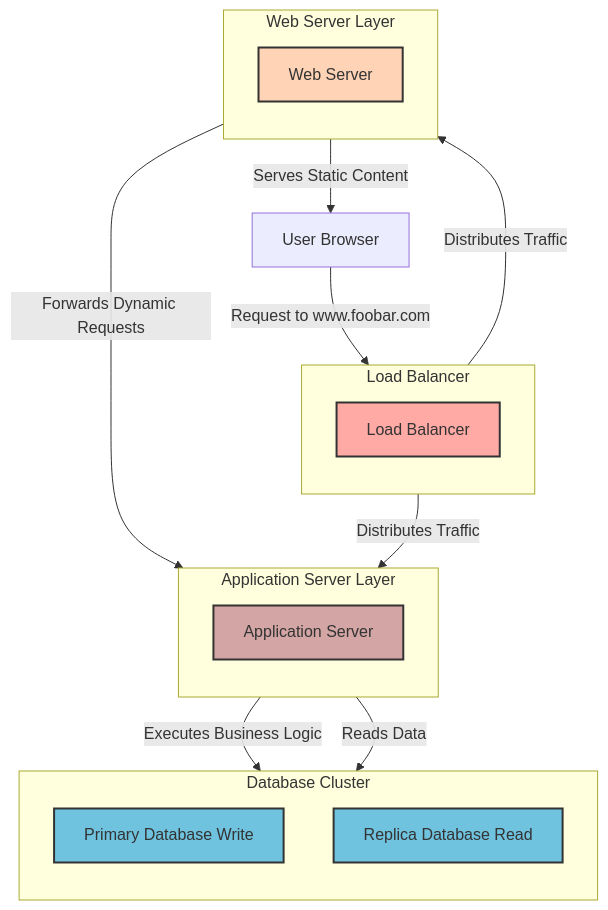
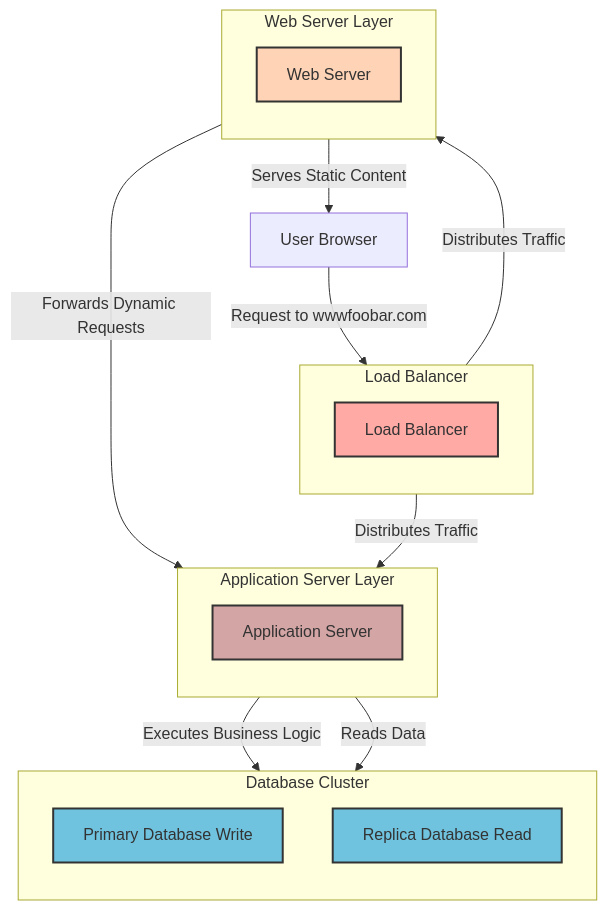
The diagram in web_infrastructure_design/task1.mmd (SDINAHET/web_infrastructure_design), drawn with Mermaid before and after one commit. The commit also changed 19 other files, not shown here.

Commit message:
Add sequence diagrams and improve existing diagrams in web infrastructure documentation

```diff
--- a/web_infrastructure_design/task1.mmd
+++ b/web_infrastructure_design/task1.mmd
@@ -1,48 +1,48 @@
 graph TD
-    A[User Browser] -->|Request to www.foobar.com| B[Load Balancer]
+    A[User Browser] -->|Request to wwwfoobar.com| B[Load Balancer]
     B -->|Distributes Traffic| C[Web Server]
     B -->|Distributes Traffic| D[Application Server]
 
     C -->|Serves Static Content| A
     C -->|Forwards Dynamic Requests| D
 
     D -->|Executes Business Logic| E[Primary Database Write]
     D -->|Reads Data| F[Replica Database Read]
 
     %% Descriptions for Components
     %% Load Balancer
     subgraph LB[Load Balancer]
         direction TB
         B[Load Balancer]
     end
 
     %% Web Server
     subgraph WS[Web Server Layer]
         direction TB
         C[Web Server]
     end
 
     %% Application Server
     subgraph AS[Application Server Layer]
         direction TB
         D[Application Server]
     end
 
     %% Database Cluster
     subgraph DB[Database Cluster]
         direction TB
         E[Primary Database Write]
         F[Replica Database Read]
     end
 
     %% Notes
     classDef loadbalancer fill:#ffaaa5,stroke:#333,stroke-width:2px;
     classDef webserver fill:#ffd3b6,stroke:#333,stroke-width:2px;
     classDef appserver fill:#d4a5a5,stroke:#333,stroke-width:2px;
     classDef database fill:#6fc3df,stroke:#333,stroke-width:2px;
 
     %% Assign Classes
     class B loadbalancer;
     class C webserver;
     class D appserver;
     class E,F database;
```
